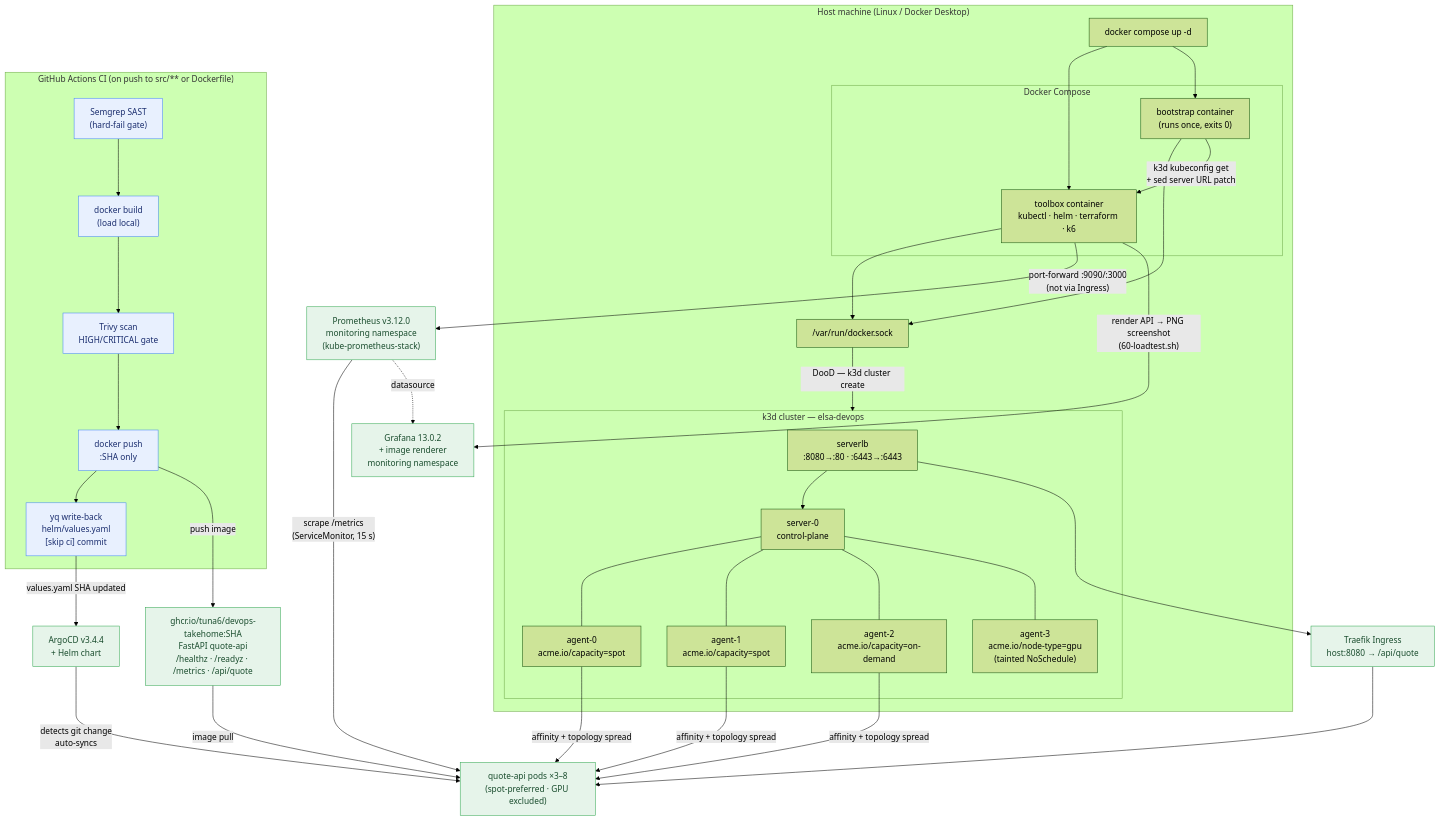
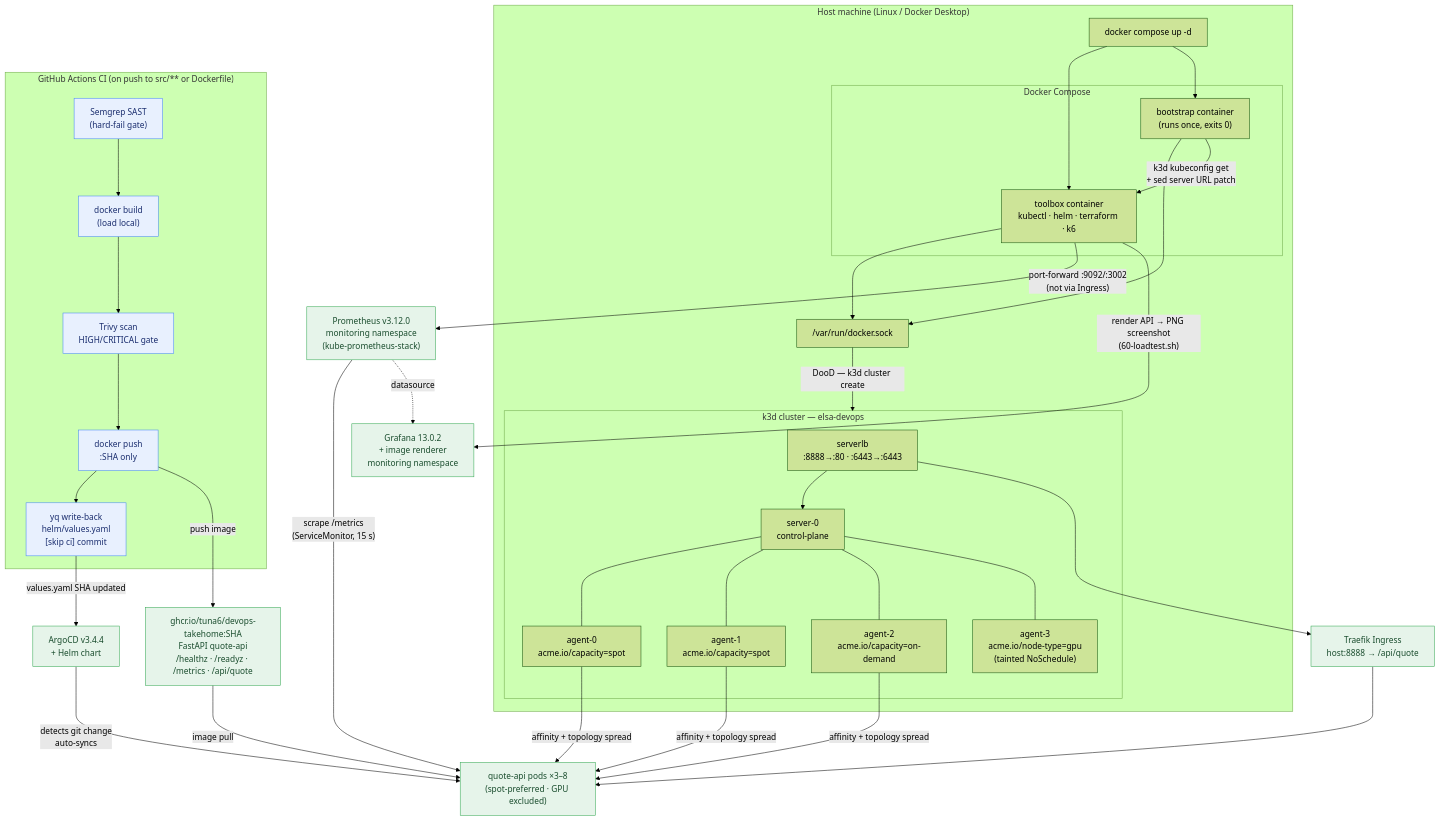
Before and after one commit to tuna6/devops-takehome: the diagram in README.md, drawn with Mermaid (forest theme). The commit also changed other lines of this file and 8 other files, not shown here.

````diff
--- a/README.md
+++ b/README.md
@@ -17,61 +17,61 @@
 ```mermaid
 flowchart TD
     subgraph Host["Host machine (Linux / Docker Desktop)"]
         DC["docker compose up -d"]
 
         subgraph Compose["Docker Compose"]
             TB["toolbox container\nkubectl · helm · terraform · k6"]
             BS["bootstrap container\n(runs once, exits 0)"]
         end
 
         DS["/var/run/docker.sock"]
 
         subgraph K3D["k3d cluster — elsa-devops"]
-            LB["serverlb\n:8080→:80 · :6443→:6443"]
+            LB["serverlb\n:8888→:80 · :6443→:6443"]
             S0["server-0\ncontrol-plane"]
             A0["agent-0\nacme.io/capacity=spot"]
             A1["agent-1\nacme.io/capacity=spot"]
             A2["agent-2\nacme.io/capacity=on-demand"]
             A3["agent-3\nacme.io/node-type=gpu\n(tainted NoSchedule)"]
         end
     end
 
     DC --> TB
     DC --> BS
     TB & BS --> DS
     DS -->|"DooD — k3d cluster create"| K3D
     BS -->|"k3d kubeconfig get\n+ sed server URL patch"| TB
     LB --> S0
     S0 --- A0 & A1 & A2 & A3
 
     classDef built fill:#e6f4ea,stroke:#34a853,color:#1a4d2e
     classDef ci fill:#e8f0fe,stroke:#4285f4,color:#1a2d6e
 
     subgraph CI["GitHub Actions CI (on push to src/** or Dockerfile)"]
         SG["Semgrep SAST\n(hard-fail gate)"]:::ci
         BUILD["docker build\n(load local)"]:::ci
         TV["Trivy scan\nHIGH/CRITICAL gate"]:::ci
         PUSH["docker push\n:SHA only"]:::ci
         WB["yq write-back\nhelm/values.yaml\n[skip ci] commit"]:::ci
         SG --> BUILD --> TV --> PUSH --> WB
     end
 
     GHCR["ghcr.io/tuna6/devops-takehome:SHA\nFastAPI quote-api\n/healthz · /readyz · /metrics · /api/quote"]:::built
     ARGO["ArgoCD v3.4.4\n+ Helm chart"]:::built
     APP["quote-api pods ×3–8\n(spot-preferred · GPU excluded)"]:::built
-    INGRESS["Traefik Ingress\nhost:8080 → /api/quote"]:::built
+    INGRESS["Traefik Ingress\nhost:8888 → /api/quote"]:::built
     PROM["Prometheus v3.12.0\nmonitoring namespace\n(kube-prometheus-stack)"]:::built
     GRAF["Grafana 13.0.2\n+ image renderer\nmonitoring namespace"]:::built
 
     PUSH -->|"push image"| GHCR
     WB -->|"values.yaml SHA updated"| ARGO
     ARGO -->|"detects git change\nauto-syncs"| APP
     A0 & A1 & A2 -->|"affinity + topology spread"| APP:::built
     GHCR -->|"image pull"| APP:::built
     LB --> INGRESS:::built
     INGRESS --> APP
     PROM -->|"scrape /metrics\n(ServiceMonitor, 15 s)"| APP
     PROM -.->|"datasource"| GRAF
-    TB -->|"port-forward :9090/:3000\n(not via Ingress)"| PROM
+    TB -->|"port-forward :9092/:3002\n(not via Ingress)"| PROM
     TB -->|"render API → PNG screenshot\n(60-loadtest.sh)"| GRAF
 ```
````
